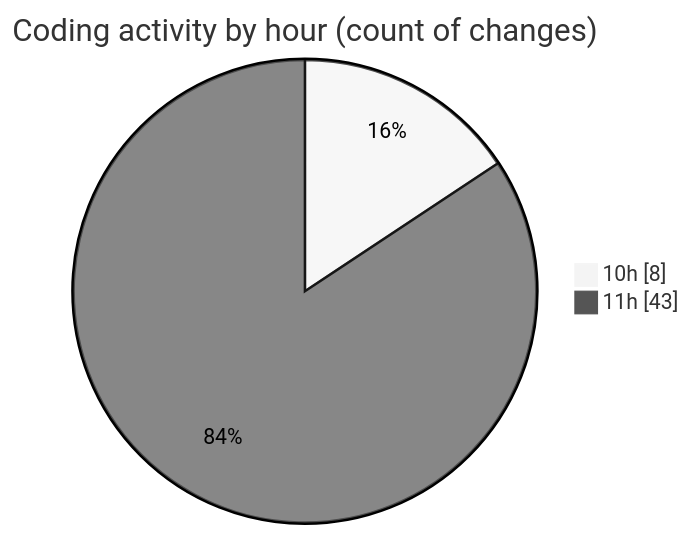
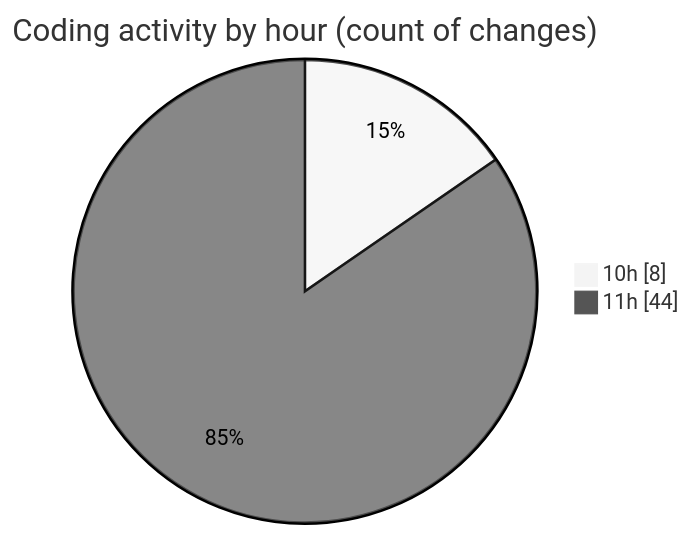
The second of 2 diagrams in 2025-08-22/nxtqube_webapp/README.md (nxtqubesakshisongat/code-tracking), drawn with Mermaid (neutral theme) before and after one commit. The commit also changed other lines of this file and 1 other file, not shown here.

````diff
--- a/2025-08-22/nxtqube_webapp/README.md
+++ b/2025-08-22/nxtqube_webapp/README.md
@@ -28,6 +28,6 @@
 ```mermaid
 pie showData
 title Coding activity by hour (count of changes)
 "10h" : 8
-"11h" : 43
+"11h" : 44
 ```
````
